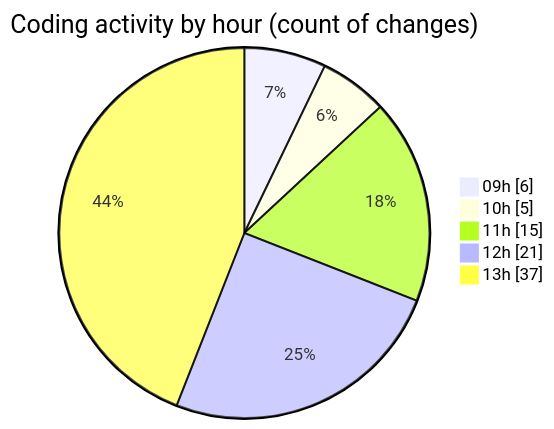
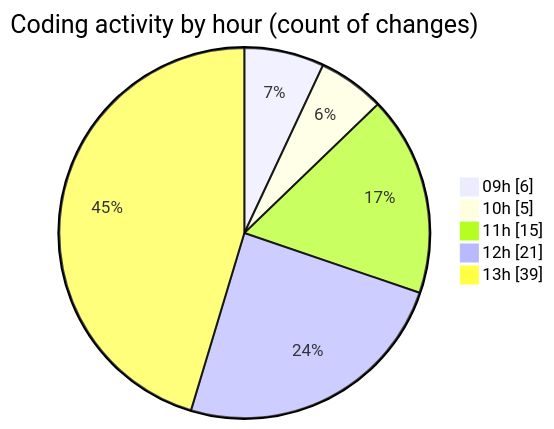
One commit to momahboobian/code-tracking changed the second of 2 diagrams in 2025-10-02/cda/README.md. Above: the diagram before and after it, drawn with Mermaid. The commit also changed other lines of this file and 1 other file, not shown here.

````diff
--- a/2025-10-02/cda/README.md
+++ b/2025-10-02/cda/README.md
@@ -40,9 +40,9 @@
 ```mermaid
 pie showData
 title Coding activity by hour (count of changes)
 "09h" : 6
 "10h" : 5
 "11h" : 15
 "12h" : 21
-"13h" : 37
+"13h" : 39
 ```
````
